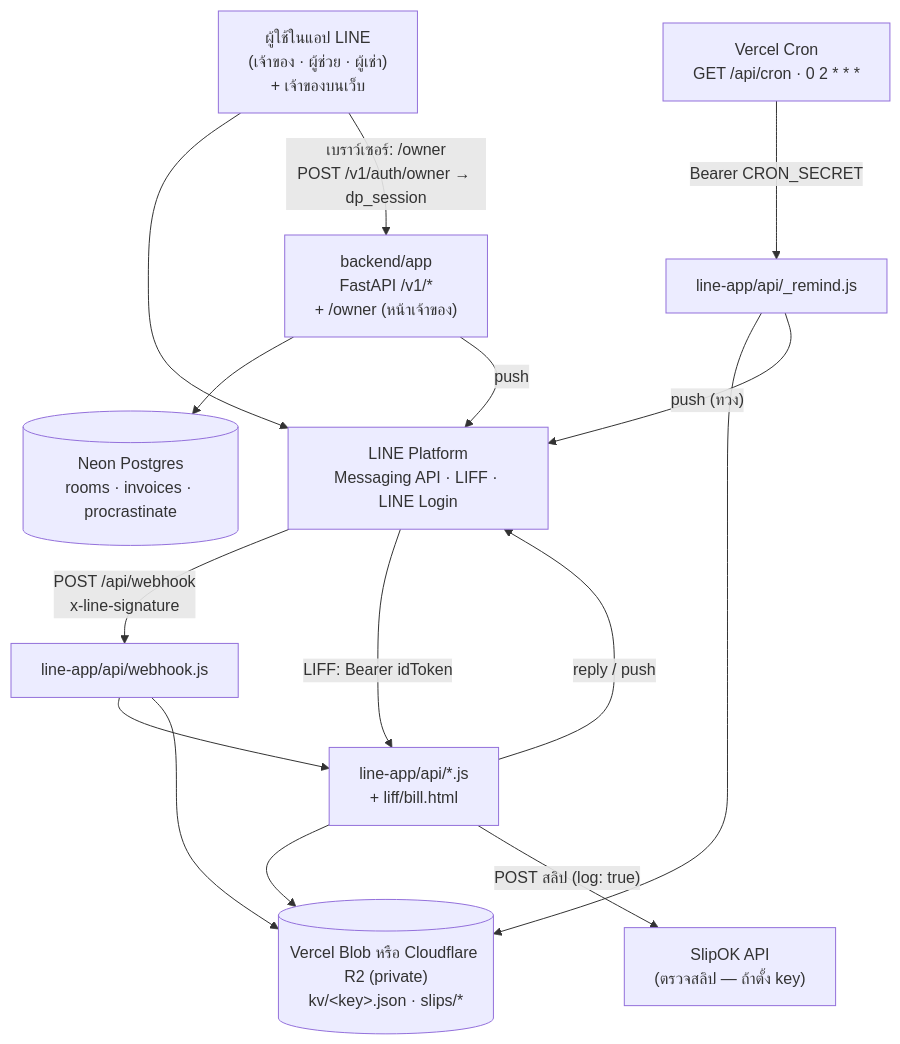
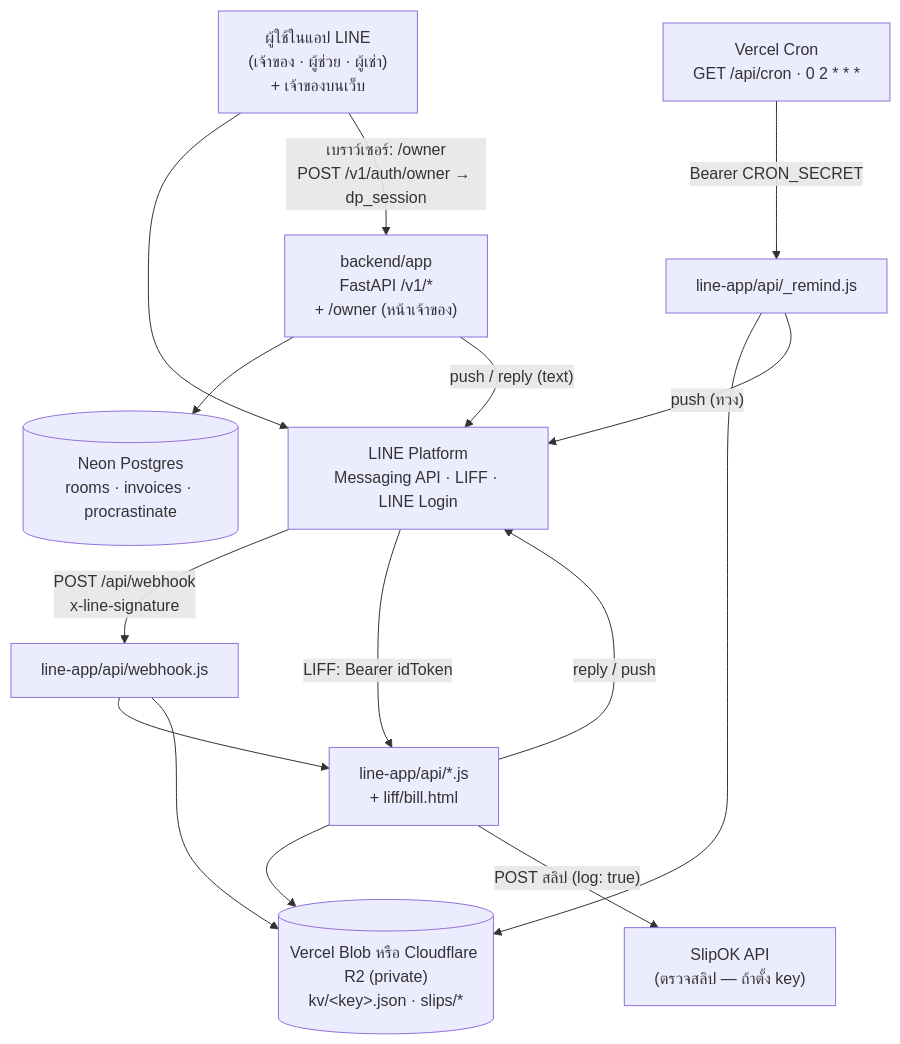
Before and after one commit to WinTuner/Dormplus-prototype: the diagram in docs/ARCHITECTURE.md, drawn with Mermaid. The commit also changed other lines of this file and 8 other files, not shown here.

````diff
--- a/docs/ARCHITECTURE.md
+++ b/docs/ARCHITECTURE.md
@@ -60,28 +63,28 @@
 ```mermaid
 graph TD
   USER["ผู้ใช้ในแอป LINE<br/>(เจ้าของ · ผู้ช่วย · ผู้เช่า)<br/>+ เจ้าของบนเว็บ"]
   LINE["LINE Platform<br/>Messaging API · LIFF · LINE Login"]
   WH["line-app/api/webhook.js"]
   API["line-app/api/*.js<br/>+ liff/bill.html"]
   BLOB[("Vercel Blob หรือ Cloudflare R2 (private)<br/>kv/&lt;key&gt;.json · slips/*")]
   SLIPOK["SlipOK API<br/>(ตรวจสลิป — ถ้าตั้ง key)"]
   CRON["Vercel Cron<br/>GET /api/cron · 0 2 * * *"]
   REM["line-app/api/_remind.js"]
   BE["backend/app<br/>FastAPI /v1/*<br/>+ /owner (หน้าเจ้าของ)"]
   PG[("Neon Postgres<br/>rooms · invoices · procrastinate")]
 
   USER --> LINE
   LINE -->|"POST /api/webhook<br/>x-line-signature"| WH
   LINE -->|"LIFF: Bearer idToken"| API
   USER -->|"เบราว์เซอร์: /owner<br/>POST /v1/auth/owner → dp_session"| BE
   WH --> API
   WH --> BLOB
   API --> BLOB
   API -->|"reply / push"| LINE
   API -->|"POST สลิป (log: true)"| SLIPOK
   CRON -->|"Bearer CRON_SECRET"| REM
   REM --> BLOB
   REM -->|"push (ทวง)"| LINE
   BE --> PG
-  BE -->|"push"| LINE
+  BE -->|"push / reply (text)"| LINE
 ```
````
